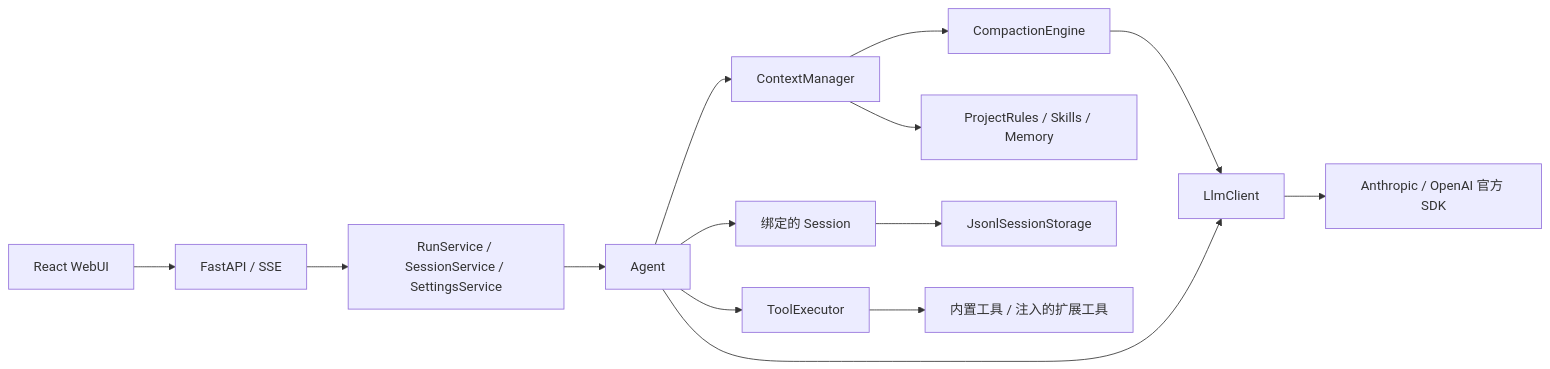
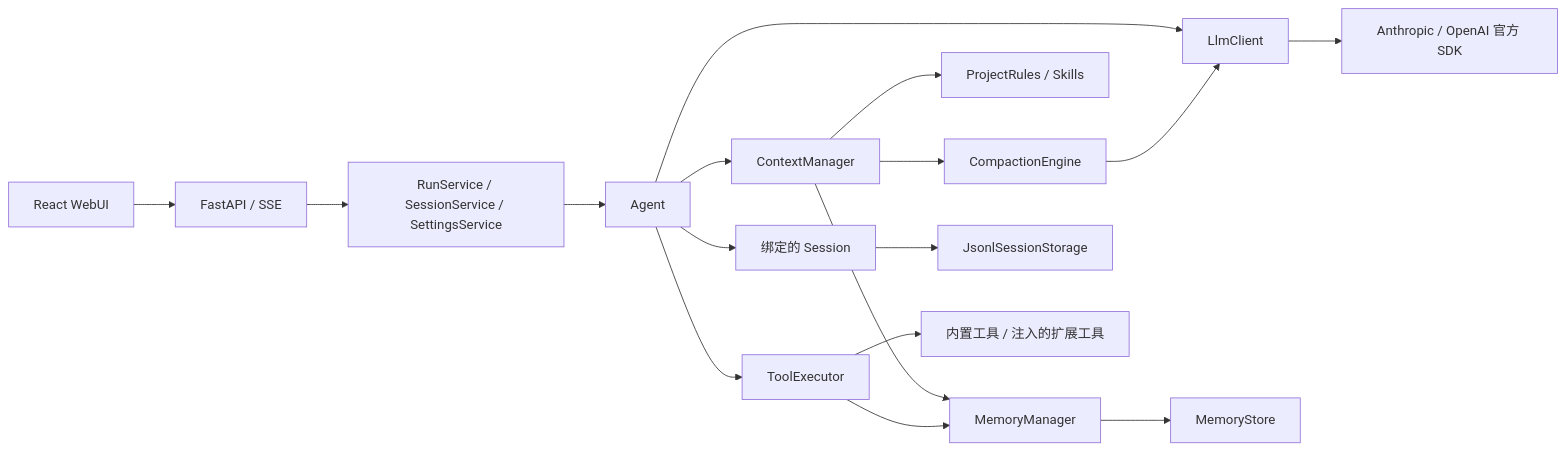
The diagram in docs/项目架构.md (Camelovee/Camel-Harness), drawn with Mermaid before and after one commit. The commit also changed other lines of this file and 37 other files, not shown here.

````diff
--- a/docs/项目架构.md
+++ b/docs/项目架构.md
@@ -42,16 +43,19 @@
 ```mermaid
 flowchart LR
     UI[React WebUI] --> API[FastAPI / SSE]
     API --> Services[RunService / SessionService / SettingsService]
     Services --> Agent[Agent]
     Agent --> Context[ContextManager]
     Agent --> Session[绑定的 Session]
     Agent --> Tools[ToolExecutor]
     Agent --> LLM[LlmClient]
     Context --> Compaction[CompactionEngine]
     Compaction --> LLM
-    Context --> Resources[ProjectRules / Skills / Memory]
+    Context --> Resources[ProjectRules / Skills]
+    Context --> Memory[MemoryManager]
+    Memory --> MemoryStore[MemoryStore]
+    Tools --> Memory
     Session --> Storage[JsonlSessionStorage]
     Tools --> Providers[内置工具 / 注入的扩展工具]
     LLM --> SDK[Anthropic / OpenAI 官方 SDK]
 ```
````
